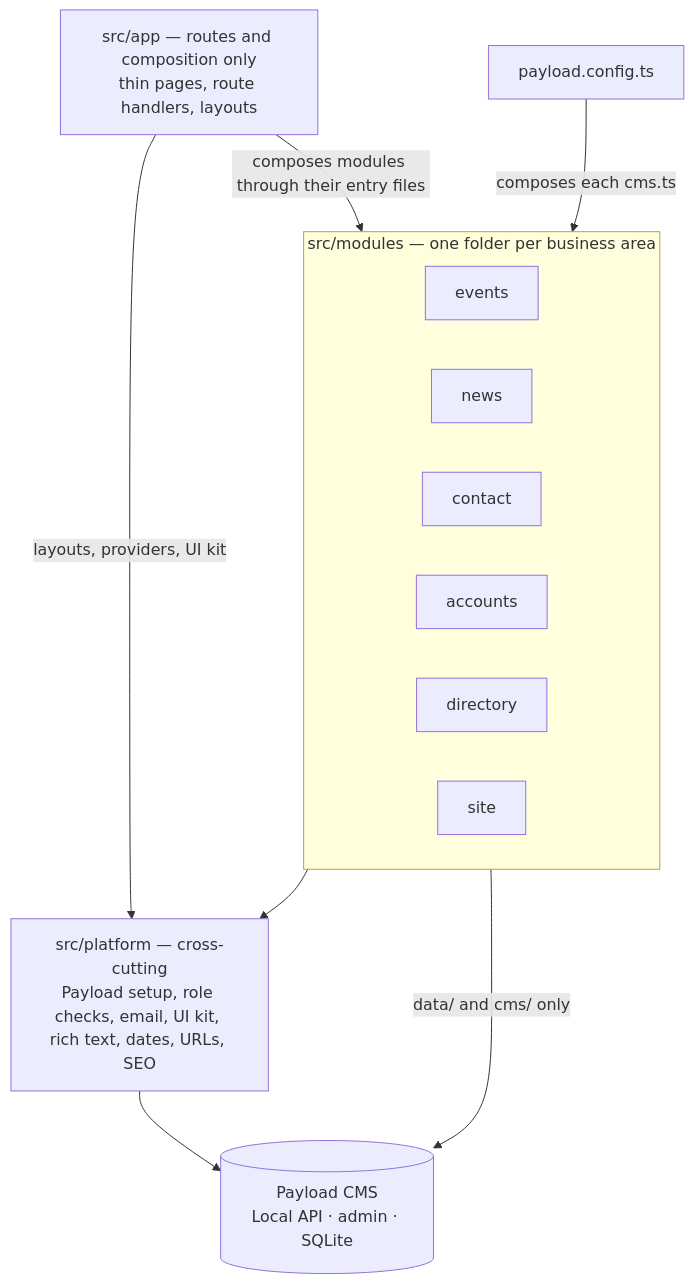
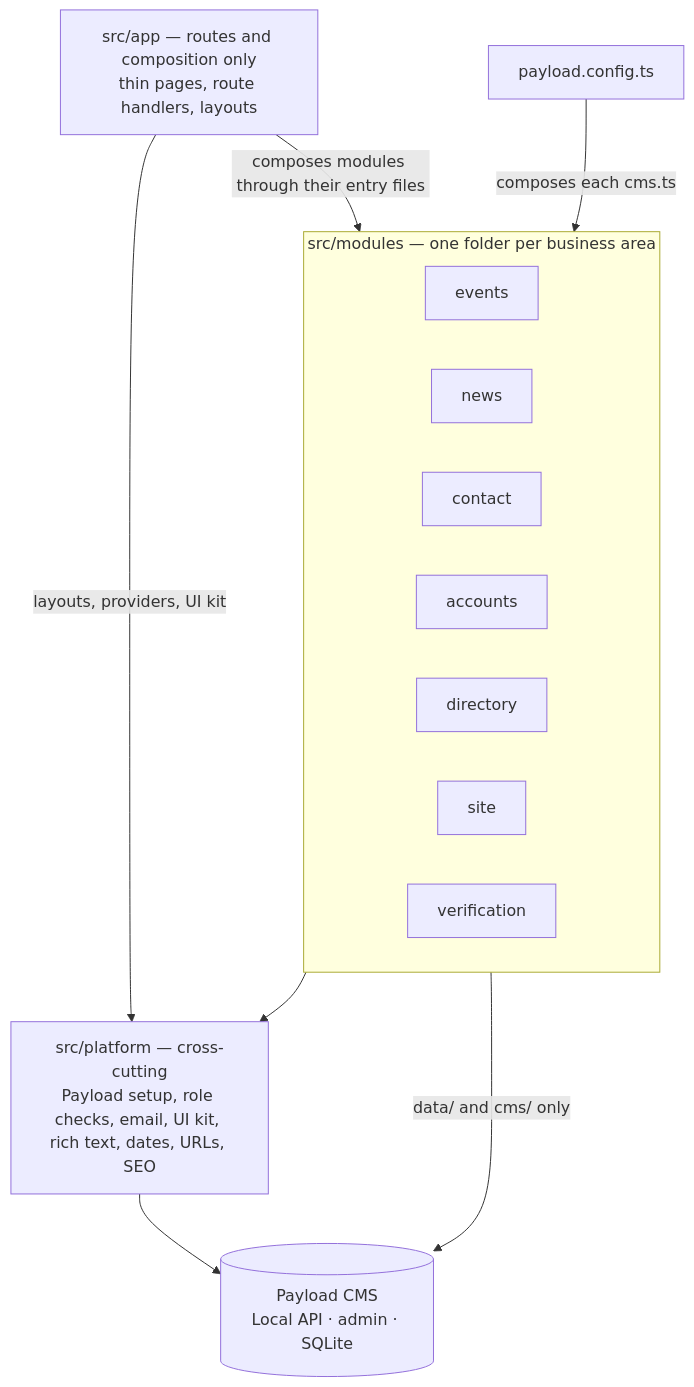
The diagram in docs/architecture/README.md (boulaajaj/sprecher-east-neighborhood-website), drawn with Mermaid before and after one commit. The commit also changed other lines of this file and 37 other files, not shown here.

````diff
--- a/docs/architecture/README.md
+++ b/docs/architecture/README.md
@@ -17,22 +17,23 @@
 ```mermaid
 flowchart TD
   app["src/app — routes and composition only<br/>thin pages, route handlers, layouts"]
   config["payload.config.ts"]
   subgraph modules["src/modules — one folder per business area"]
     events[events]
     news[news]
     contact[contact]
     accounts[accounts]
     directory[directory]
     site[site]
+    verification[verification]
   end
   platform["src/platform — cross-cutting<br/>Payload setup, role checks, email, UI kit, rich text, dates, URLs, SEO"]
   payload[("Payload CMS<br/>Local API · admin · SQLite")]
 
   app -->|"composes modules through their entry files"| modules
   app -->|"layouts, providers, UI kit"| platform
   config -->|"composes each cms.ts"| modules
   modules --> platform
   modules -->|"data/ and cms/ only"| payload
   platform --> payload
 ```
````
